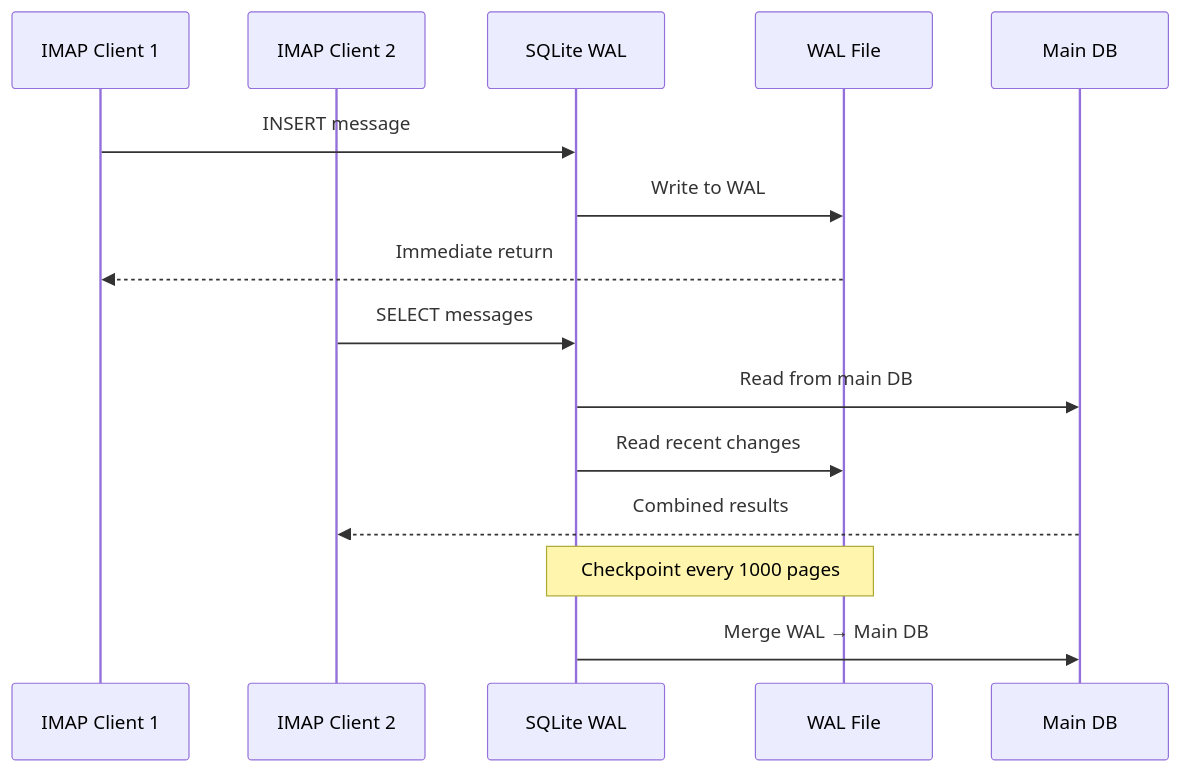
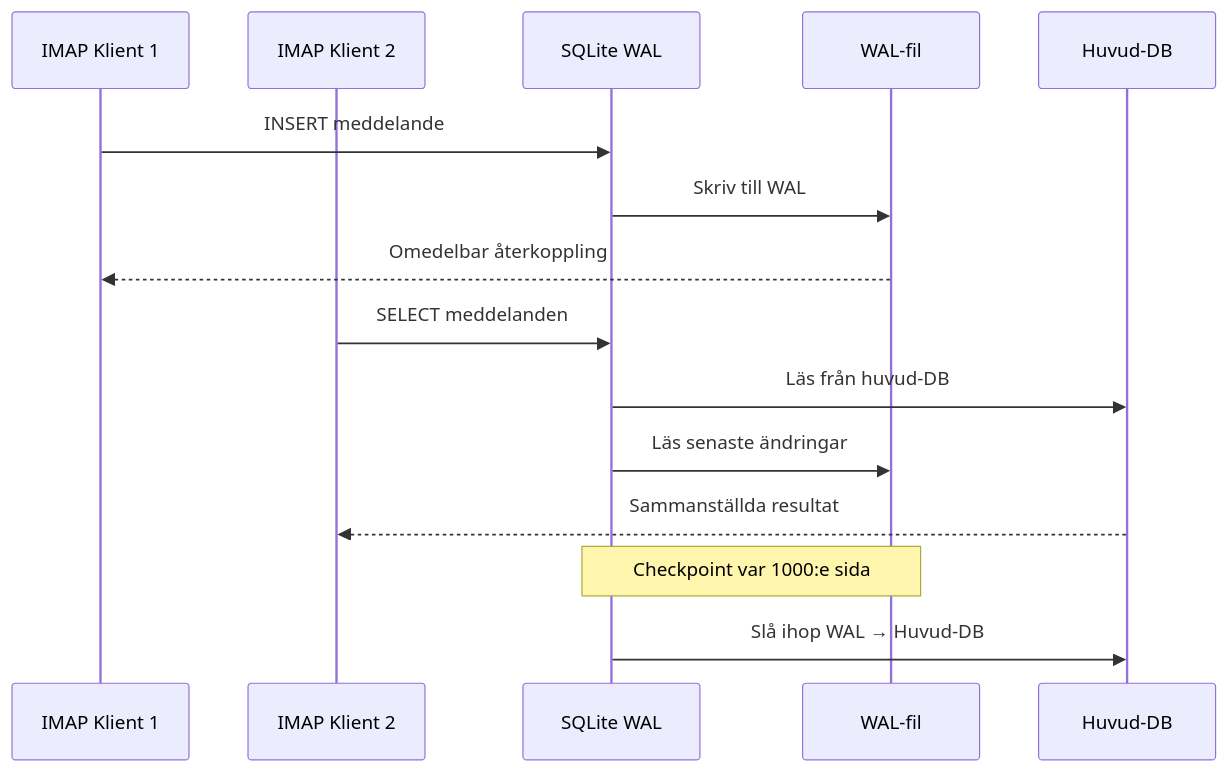
Before and after one commit to forwardemail/forwardemail.net: the third of 3 diagrams in app/views/docs/sqlite-performance-optimization-pragma-chacha20-production-guide/index-sv.md, drawn with Mermaid. The commit also changed other lines of this file and 1055 other files, not shown here.

````diff
--- a/app/views/docs/sqlite-performance-optimization-pragma-chacha20-production-guide/index-sv.md
+++ b/app/views/docs/sqlite-performance-optimization-pragma-chacha20-production-guide/index-sv.md
@@ -239,20 +245,20 @@
 ```mermaid
 sequenceDiagram
-    participant C1 as IMAP Client 1
-    participant C2 as IMAP Client 2
+    participant C1 as IMAP Klient 1
+    participant C2 as IMAP Klient 2
     participant DB as SQLite WAL
-    participant W as WAL File
-    participant M as Main DB
+    participant W as WAL-fil
+    participant M as Huvud-DB
 
-    C1->>DB: INSERT message
-    DB->>W: Write to WAL
-    W-->>C1: Immediate return
+    C1->>DB: INSERT meddelande
+    DB->>W: Skriv till WAL
+    W-->>C1: Omedelbar återkoppling
 
-    C2->>DB: SELECT messages
-    DB->>M: Read from main DB
-    DB->>W: Read recent changes
-    M-->>C2: Combined results
+    C2->>DB: SELECT meddelanden
+    DB->>M: Läs från huvud-DB
+    DB->>W: Läs senaste ändringar
+    M-->>C2: Sammanställda resultat
 
-    Note over DB,W: Checkpoint every 1000 pages
-    DB->>M: Merge WAL → Main DB
+    Note over DB,W: Checkpoint var 1000:e sida
+    DB->>M: Slå ihop WAL → Huvud-DB
 ```
````
